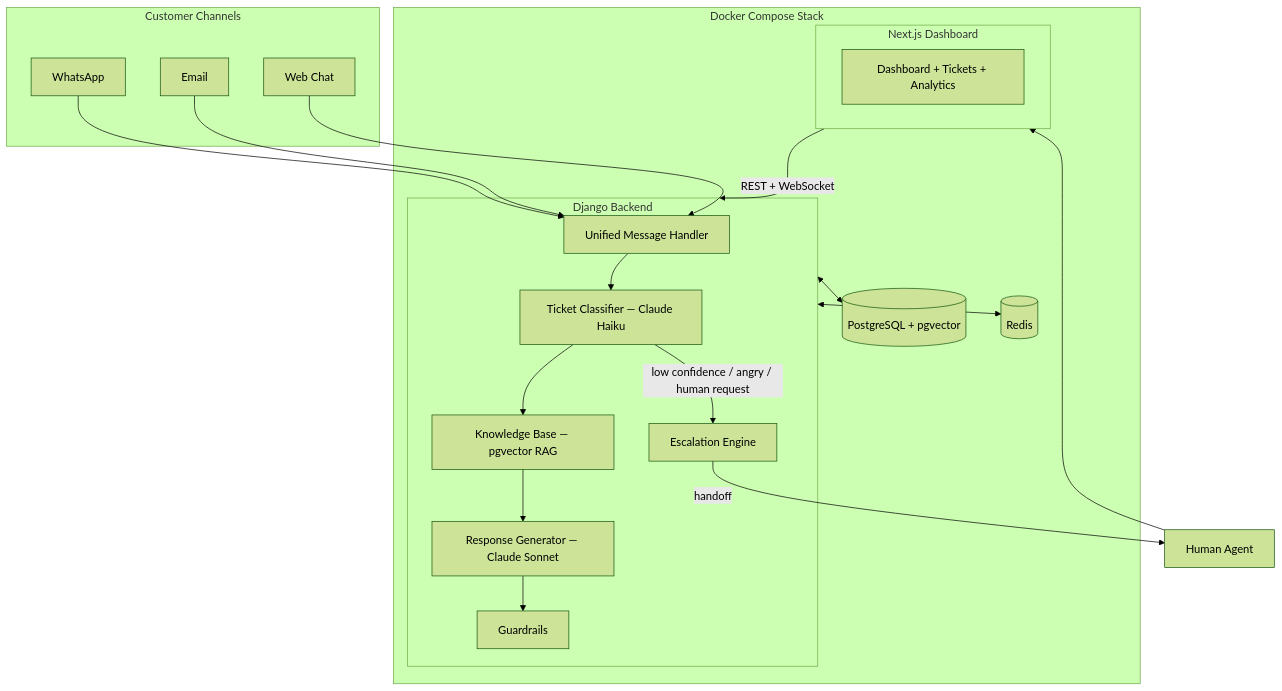
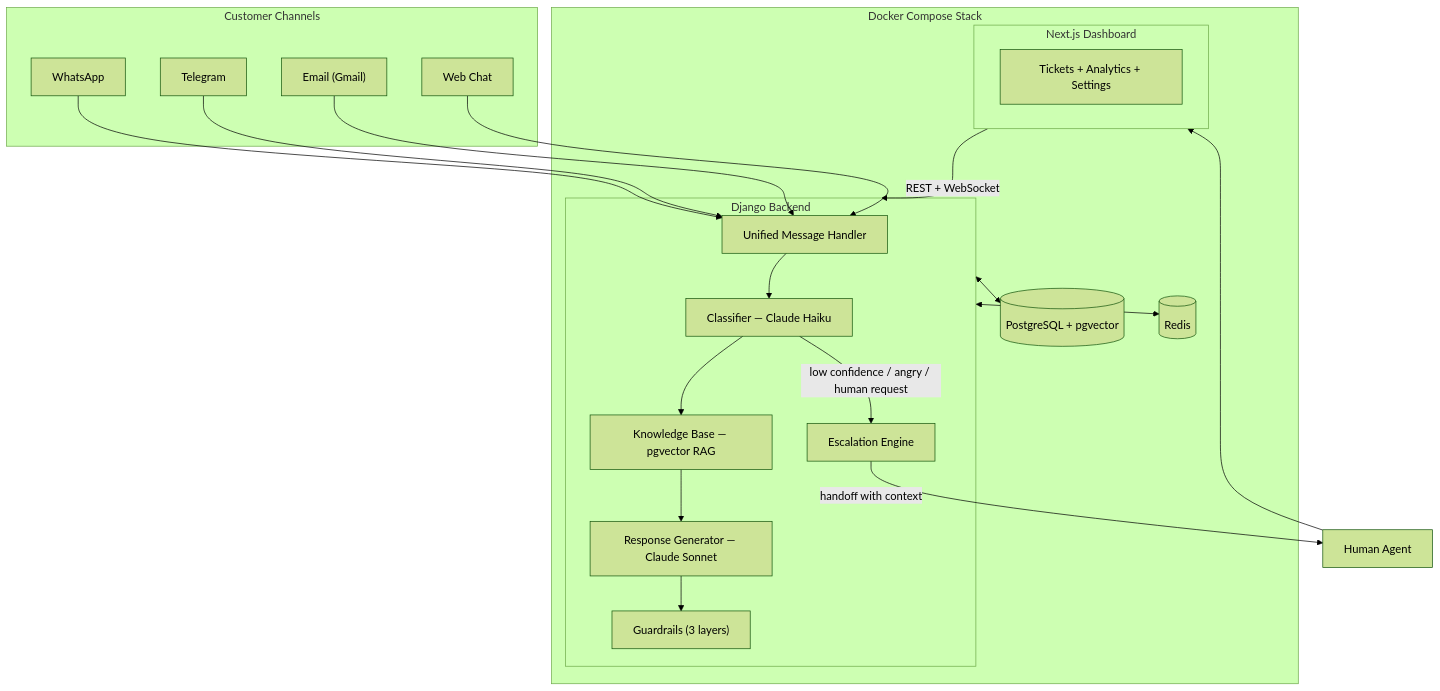
Before and after one commit to codewithmuh/ai-support-agent: the diagram in README.md, drawn with Mermaid (forest theme). The commit also changed other lines of this file and 59 other files, not shown here.

````diff
--- a/README.md
+++ b/README.md
@@ -13,37 +35,38 @@
 ```mermaid
 graph TB
     subgraph Channels["Customer Channels"]
         WA["WhatsApp"]
-        EM["Email"]
+        TG["Telegram"]
+        EM["Email (Gmail)"]
         WC["Web Chat"]
     end
 
     subgraph Docker["Docker Compose Stack"]
         subgraph Backend["Django Backend"]
             UM["Unified Message Handler"]
-            CL["Ticket Classifier — Claude Haiku"]
+            CL["Classifier — Claude Haiku"]
             KB["Knowledge Base — pgvector RAG"]
             RG["Response Generator — Claude Sonnet"]
-            GR["Guardrails"]
+            GR["Guardrails (3 layers)"]
             ESC["Escalation Engine"]
         end
 
         DB[("PostgreSQL + pgvector")]
         RD[("Redis")]
 
         subgraph Frontend["Next.js Dashboard"]
-            DASH["Dashboard + Tickets + Analytics"]
+            DASH["Tickets + Analytics + Settings"]
         end
     end
 
     HUMAN["Human Agent"]
 
-    WA & EM & WC --> UM
+    WA & TG & EM & WC --> UM
     UM --> CL --> KB --> RG --> GR
     CL -->|low confidence / angry / human request| ESC
-    ESC -->|handoff| HUMAN
+    ESC -->|handoff with context| HUMAN
     Backend <--> DB
     Backend <--> RD
     Frontend -->|REST + WebSocket| Backend
     HUMAN --> Frontend
 ```
````
